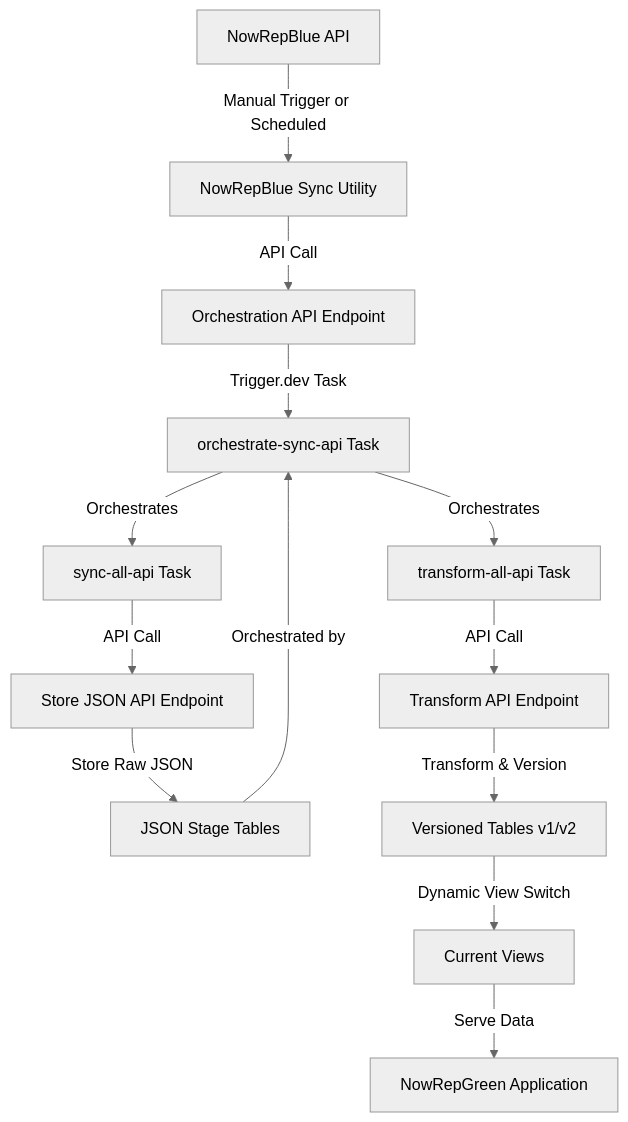
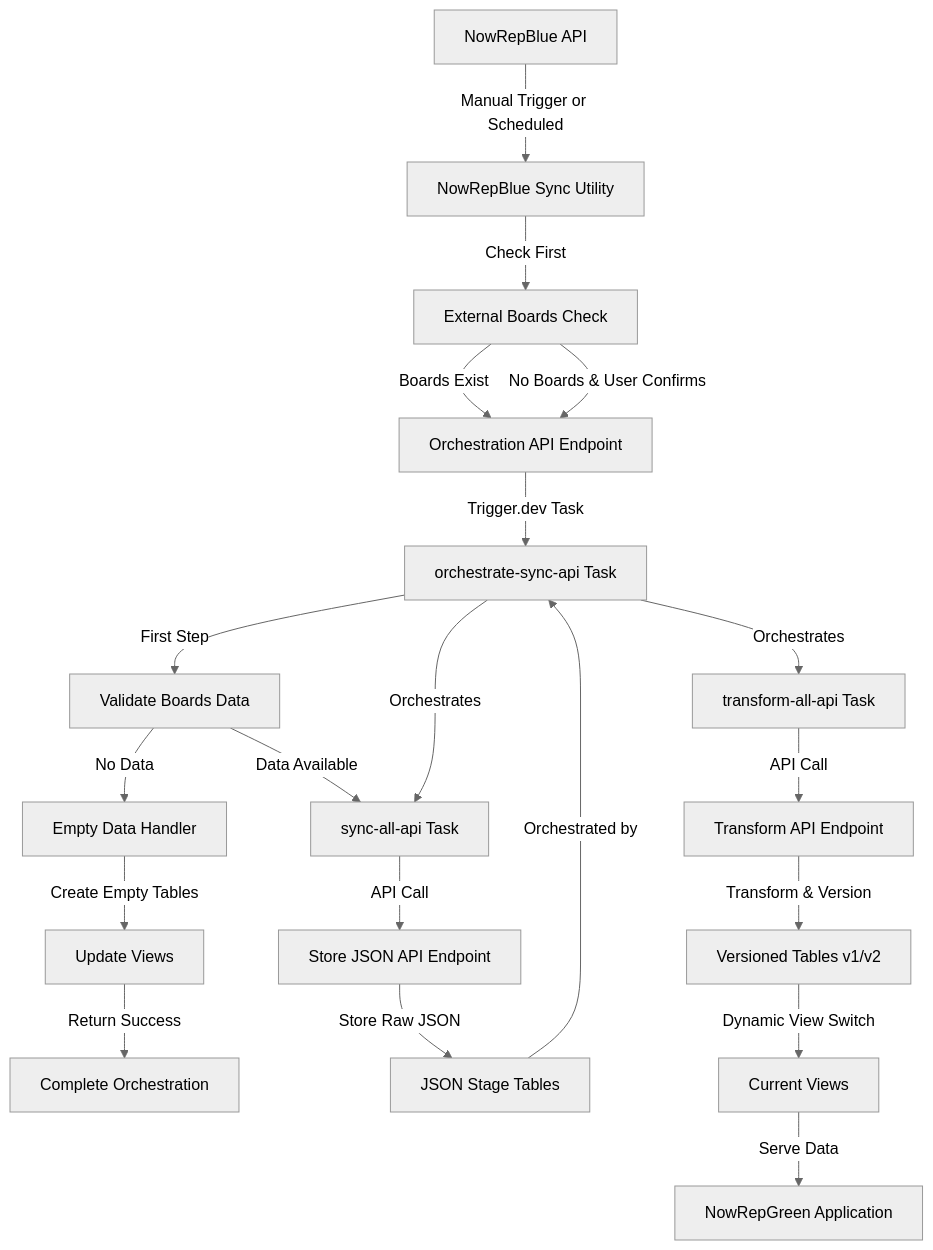
One commit to ed-andre/nowrepgreen changed the first of 2 diagrams in README.md. Above: the diagram before and after it, drawn with Mermaid (neutral theme). The commit also changed other lines of this file and 6 other files, not shown here.

First line of the commit message:
feat: Implement comprehensive data validation and empty data handling

````diff
--- a/README.md
+++ b/README.md
@@ -60,15 +60,22 @@
 ```mermaid
 graph TD
     A[NowRepBlue API] -->|Manual Trigger or Scheduled| B[NowRepBlue Sync Utility]
-    B -->|API Call| C[Orchestration API Endpoint]
+    B -->|Check First| V1[External Boards Check]
+    V1 -->|Boards Exist| C[Orchestration API Endpoint]
+    V1 -->|No Boards & User Confirms| C
     C -->|Trigger.dev Task| D[orchestrate-sync-api Task]
-    D -->|Orchestrates| E[sync-all-api Task]
+    D -->|First Step| V2[Validate Boards Data]
+    V2 -->|Data Available| E[sync-all-api Task]
+    V2 -->|No Data| V3[Empty Data Handler]
+    V3 -->|Create Empty Tables| V4[Update Views]
+    V4 -->|Return Success| Z[Complete Orchestration]
+    D -->|Orchestrates| E
     E -->|API Call| F[Store JSON API Endpoint]
     F -->|Store Raw JSON| G[JSON Stage Tables]
     G -->|Orchestrated by| D
     D -->|Orchestrates| H[transform-all-api Task]
     H -->|API Call| I[Transform API Endpoint]
     I -->|Transform & Version| J[Versioned Tables v1/v2]
     J -->|Dynamic View Switch| K[Current Views]
     K -->|Serve Data| L[NowRepGreen Application]
 ```
````
